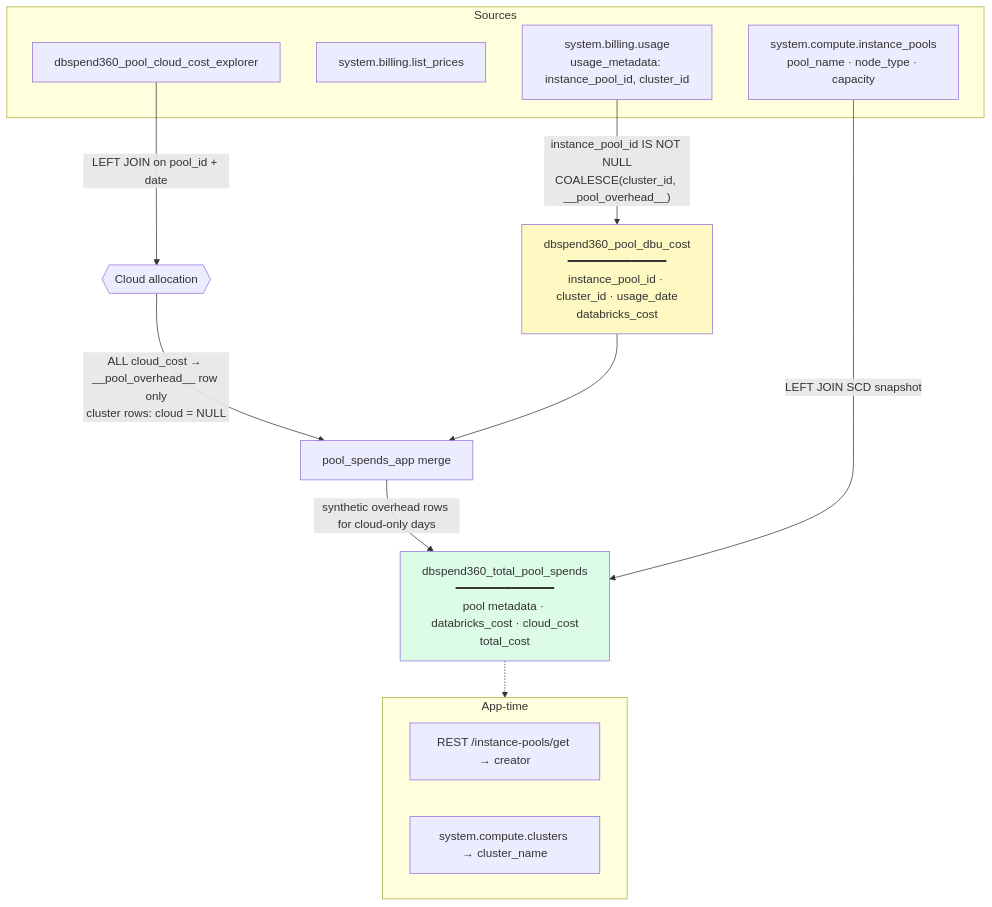
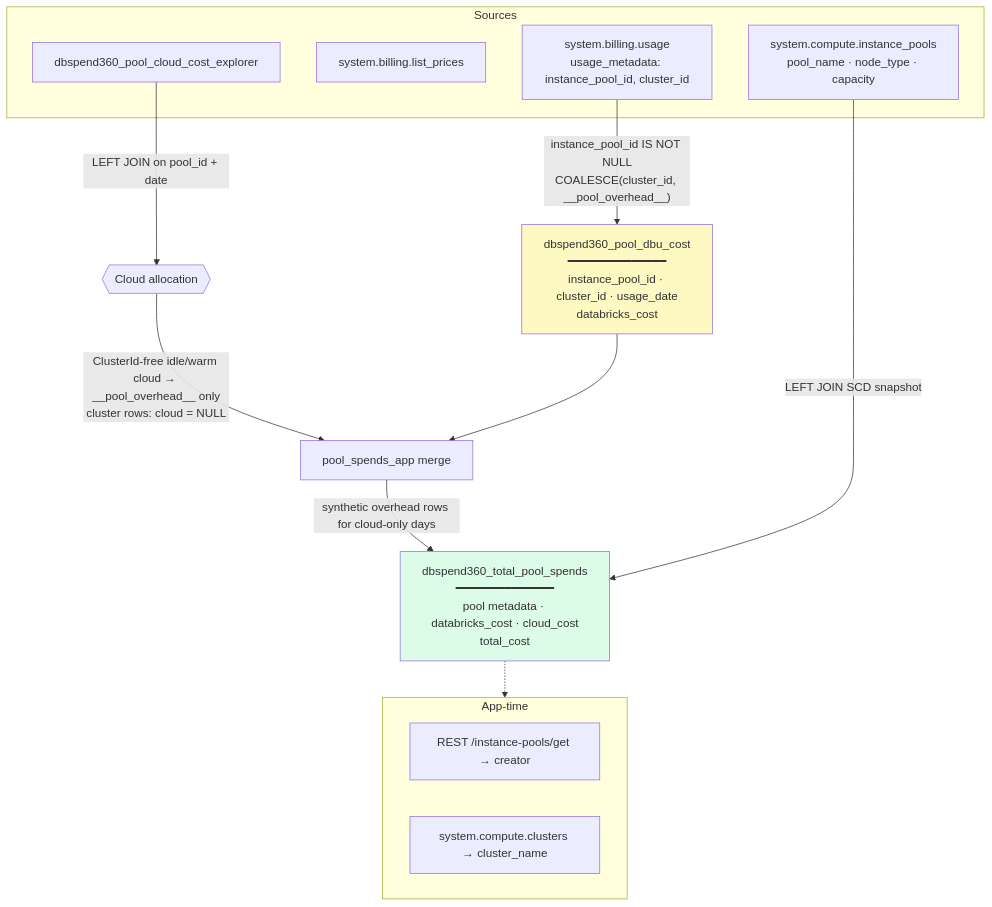
The seventh of 9 diagrams in docs/data_model_reference.md (AdityaMandiwal/DBSPEND360), drawn with Mermaid before and after one commit. The commit also changed other lines of this file and 103 other files, not shown here.

````diff
--- a/docs/data_model_reference.md
+++ b/docs/data_model_reference.md
@@ -393,28 +441,28 @@
 ```mermaid
 flowchart TB
     subgraph SRC["Sources"]
         U["system.billing.usage<br/>usage_metadata: instance_pool_id, cluster_id"]
         LP["system.billing.list_prices"]
         PC["dbspend360_pool_cloud_cost_explorer"]
         IP["system.compute.instance_pools<br/>pool_name · node_type · capacity"]
     end
 
     U -->|"instance_pool_id IS NOT NULL<br/>COALESCE(cluster_id, __pool_overhead__)"| DBU["dbspend360_pool_dbu_cost<br/>━━━━━━━━━━━━━━<br/>instance_pool_id · cluster_id · usage_date<br/>databricks_cost"]
 
     PC -->|"LEFT JOIN on pool_id + date"| ALLOC{{"Cloud allocation"}}
-    ALLOC -->|"ALL cloud_cost → __pool_overhead__ row only<br/>cluster rows: cloud = NULL"| MERGE
+    ALLOC -->|"ClusterId-free idle/warm cloud → __pool_overhead__ only<br/>cluster rows: cloud = NULL"| MERGE
 
     DBU --> MERGE["pool_spends_app merge"]
     MERGE -->|"synthetic overhead rows for cloud-only days"| ROLL
     IP -->|"LEFT JOIN SCD snapshot"| ROLL["dbspend360_total_pool_spends<br/>━━━━━━━━━━━━━━<br/>pool metadata · databricks_cost · cloud_cost<br/>total_cost"]
 
     subgraph APP["App-time"]
         API["REST /instance-pools/get → creator"]
         CL["system.compute.clusters → cluster_name"]
     end
 
     ROLL -.-> APP
 
     style DBU fill:#fef9c3
     style ROLL fill:#dcfce7
 ```
````
